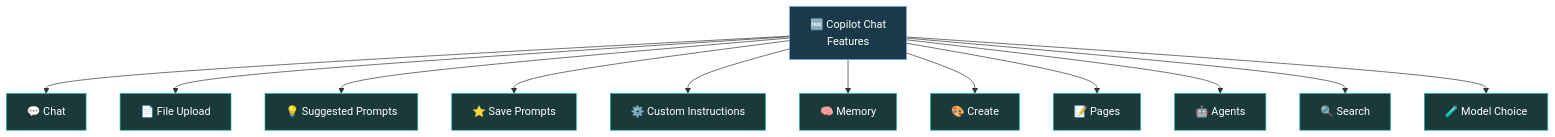
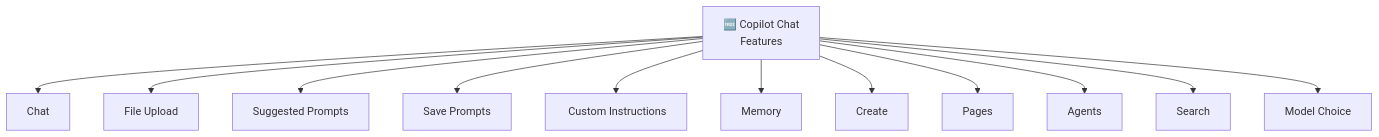
One commit to susanthgit/aguidetocloud-revamp changed the fifth of 6 diagrams in content/blog/microsoft-365-copilot-chat-complete-guide-for-trainers.md. Above: the diagram before and after it, drawn with Mermaid. The commit also changed other lines of this file and 553 other files, not shown here.

First line of the commit message:
🌸 Z17: Zen Mermaid diagrams — Stripe Docs style

````diff
--- a/content/blog/microsoft-365-copilot-chat-complete-guide-for-trainers.md
+++ b/content/blog/microsoft-365-copilot-chat-complete-guide-for-trainers.md
@@ -298,26 +273,14 @@
 ```mermaid
 flowchart TD
-    A["🆓 Copilot Chat<br/>Features"] --> B["💬 Chat"]
-    A --> C["📄 File Upload"]
-    A --> D["💡 Suggested Prompts"]
-    A --> E["⭐ Save Prompts"]
-    A --> F["⚙️ Custom Instructions"]
-    A --> G["🧠 Memory"]
-    A --> H["🎨 Create"]
-    A --> I["📝 Pages"]
-    A --> J["🤖 Agents"]
-    A --> K["🔍 Search"]
-    A --> L["🧪 Model Choice"]
-    style A fill:#1a3a4a,stroke:#60A5FA,color:#ffffff
-    style B fill:#1a3a3a,stroke:#14B8A6,color:#ffffff
-    style C fill:#1a3a3a,stroke:#14B8A6,color:#ffffff
-    style D fill:#1a3a3a,stroke:#14B8A6,color:#ffffff
-    style E fill:#1a3a3a,stroke:#14B8A6,color:#ffffff
-    style F fill:#1a3a3a,stroke:#14B8A6,color:#ffffff
-    style G fill:#1a3a3a,stroke:#14B8A6,color:#ffffff
-    style H fill:#1a3a3a,stroke:#14B8A6,color:#ffffff
-    style I fill:#1a3a3a,stroke:#14B8A6,color:#ffffff
-    style J fill:#1a3a3a,stroke:#14B8A6,color:#ffffff
-    style K fill:#1a3a3a,stroke:#14B8A6,color:#ffffff
-    style L fill:#1a3a3a,stroke:#14B8A6,color:#ffffff
+    A["🆓 Copilot Chat<br/>Features"] --> B["Chat"]
+    A --> C["File Upload"]
+    A --> D["Suggested Prompts"]
+    A --> E["Save Prompts"]
+    A --> F["️ Custom Instructions"]
+    A --> G["Memory"]
+    A --> H["Create"]
+    A --> I["Pages"]
+    A --> J["Agents"]
+    A --> K["Search"]
+    A --> L["Model Choice"]
 ```
````
